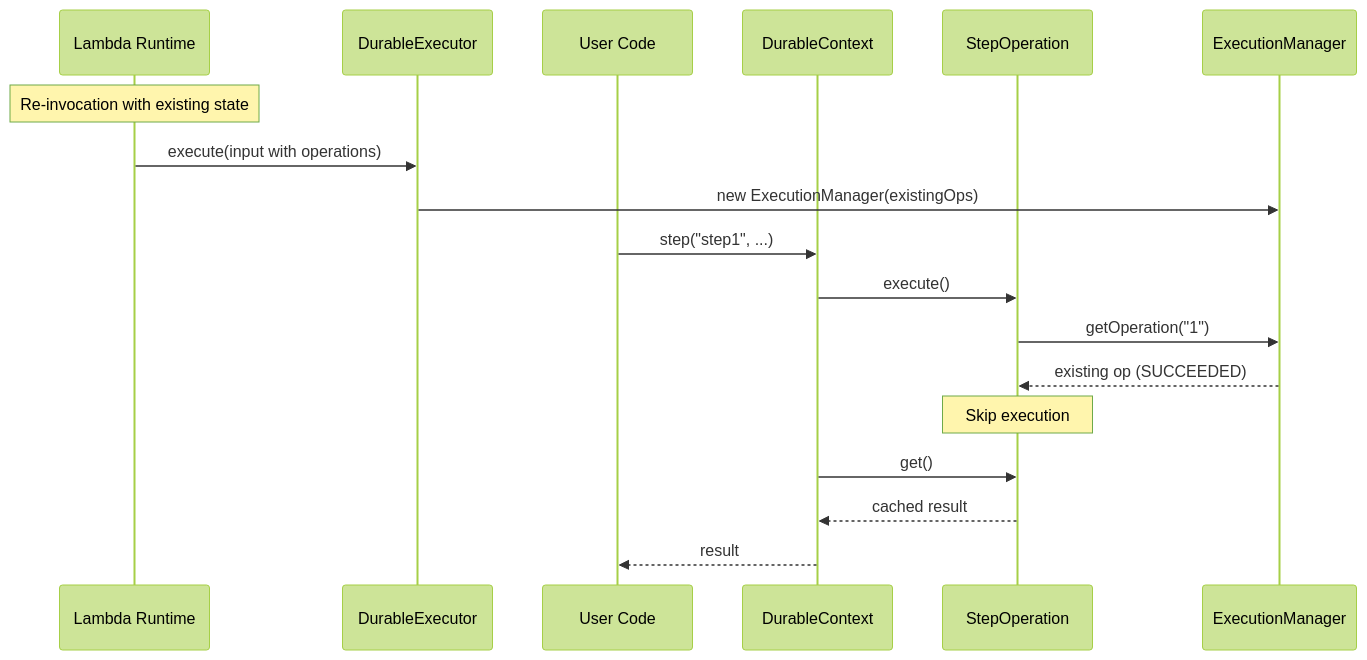
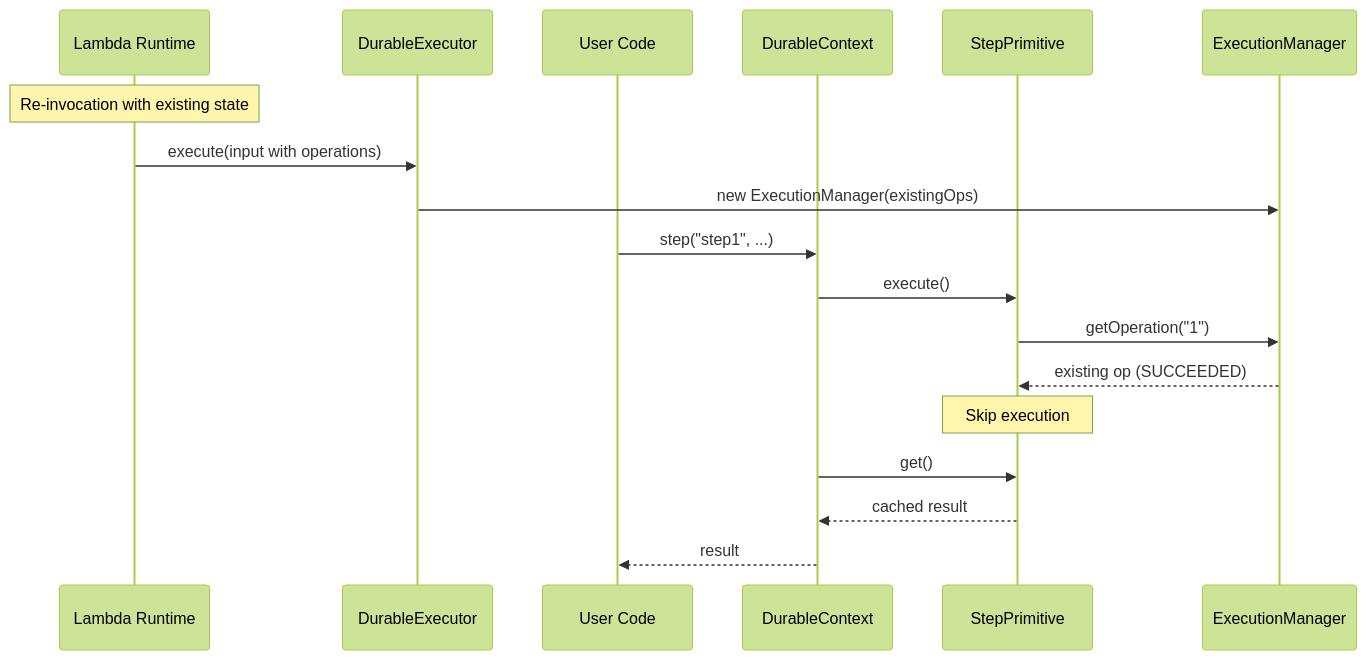
One commit to aws/aws-durable-execution-sdk-java changed the second of 3 diagrams in docs/design.md. Above: the diagram before and after it, drawn with Mermaid (forest theme). The commit also changed other lines of this file and 134 other files, not shown here.

Commit message:
refactor: unify durable operation extension architecture

````diff
--- a/docs/design.md
+++ b/docs/design.md
@@ -417,23 +429,23 @@
 ```mermaid
 sequenceDiagram
     participant LR as Lambda Runtime
     participant DE as DurableExecutor
     participant UC as User Code
     participant DC as DurableContext
-    participant SO as StepOperation
+    participant SO as StepPrimitive
     participant EM as ExecutionManager
 
     Note over LR: Re-invocation with existing state
     
     LR->>DE: execute(input with operations)
     DE->>EM: new ExecutionManager(existingOps)
     
     UC->>DC: step("step1", ...)
     DC->>SO: execute()
     SO->>EM: getOperation("1")
     EM-->>SO: existing op (SUCCEEDED)
     Note over SO: Skip execution
     DC->>SO: get()
     SO-->>DC: cached result
     DC-->>UC: result
 ```
````
